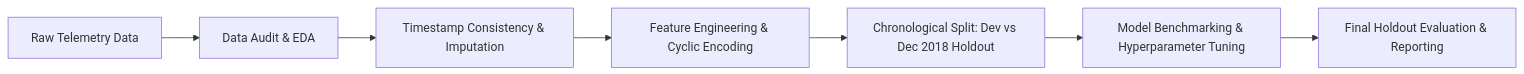
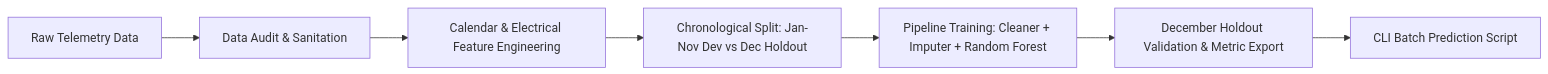
Before and after one commit to nishnarudkar/Power-System-Load-Classification: the diagram in Readme.md, drawn with Mermaid. The commit also changed other lines of this file, not shown here.

````diff
--- a/Readme.md
+++ b/Readme.md
@@ -154,9 +132,9 @@
 ```mermaid
 flowchart LR
-    A[Raw Telemetry Data] --> B[Data Audit & EDA]
-    B --> C[Timestamp Consistency & Imputation]
-    C --> D[Feature Engineering & Cyclic Encoding]
-    D --> E[Chronological Split: Dev vs Dec 2018 Holdout]
-    E --> F[Model Benchmarking & Hyperparameter Tuning]
-    F --> G[Final Holdout Evaluation & Reporting]
+    A[Raw Telemetry Data] --> B[Data Audit & Sanitation]
+    B --> C[Calendar & Electrical Feature Engineering]
+    C --> D[Chronological Split: Jan-Nov Dev vs Dec Holdout]
+    D --> E[Pipeline Training: Cleaner + Imputer + Random Forest]
+    E --> F[December Holdout Validation & Metric Export]
+    F --> G[CLI Batch Prediction Script]
 ```
````
